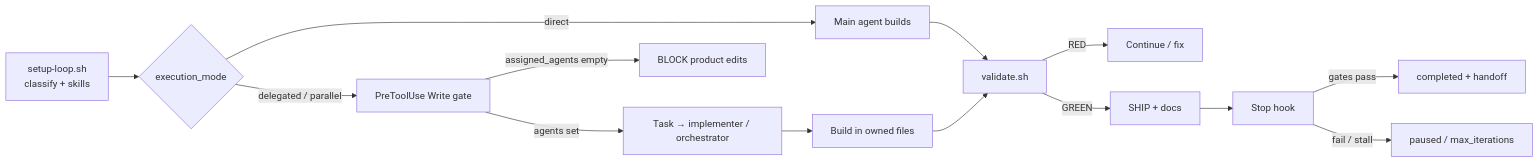
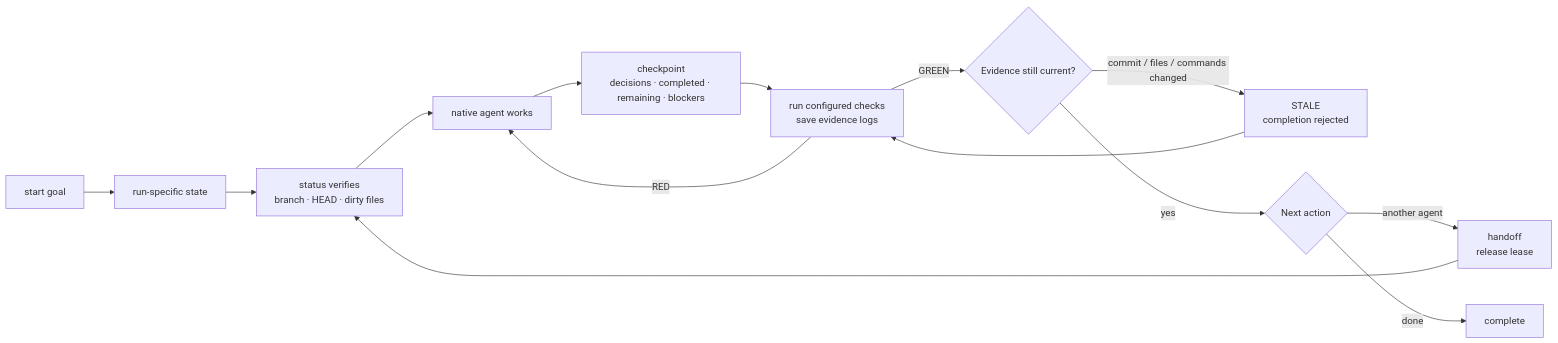
One commit to AnupDangi/Claude-Master-Setup changed the diagram in docs/control-plane.mmd. Above: the diagram before and after it, drawn with Mermaid. The commit also changed 78 other files, not shown here.

First line of the commit message:
feat: Agent Master 1.1 — portable runtime, fail-closed security

```diff
--- a/docs/control-plane.mmd
+++ b/docs/control-plane.mmd
@@ -1,14 +1,14 @@
 flowchart LR
-  Setup["setup-loop.sh\nclassify + skills"] --> Mode{execution_mode}
-  Mode -->|direct| BuildD["Main agent builds"]
-  Mode -->|delegated / parallel| Gate["PreToolUse Write gate"]
-  Gate -->|assigned_agents empty| Block["BLOCK product edits"]
-  Gate -->|agents set| Task["Task → implementer / orchestrator"]
-  Task --> BuildA["Build in owned files"]
-  BuildD --> Val["validate.sh"]
-  BuildA --> Val
-  Val -->|RED| Retry["Continue / fix"]
-  Val -->|GREEN| Ship["SHIP + docs"]
-  Ship --> Stop["Stop hook"]
-  Stop -->|gates pass| Done["completed + handoff"]
-  Stop -->|fail / stall| Pause["paused / max_iterations"]
+  Start["start goal"] --> Run["run-specific state"]
+  Run --> Verify["status verifies<br/>branch · HEAD · dirty files"]
+  Verify --> Work["native agent works"]
+  Work --> Checkpoint["checkpoint<br/>decisions · completed · remaining · blockers"]
+  Checkpoint --> Validate["run configured checks<br/>save evidence logs"]
+  Validate -->|RED| Work
+  Validate -->|GREEN| Fresh{"Evidence still current?"}
+  Fresh -->|commit / files / commands changed| Stale["STALE<br/>completion rejected"]
+  Stale --> Validate
+  Fresh -->|yes| Finish{"Next action"}
+  Finish -->|another agent| Handoff["handoff<br/>release lease"]
+  Handoff --> Verify
+  Finish -->|done| Complete["complete"]
```
